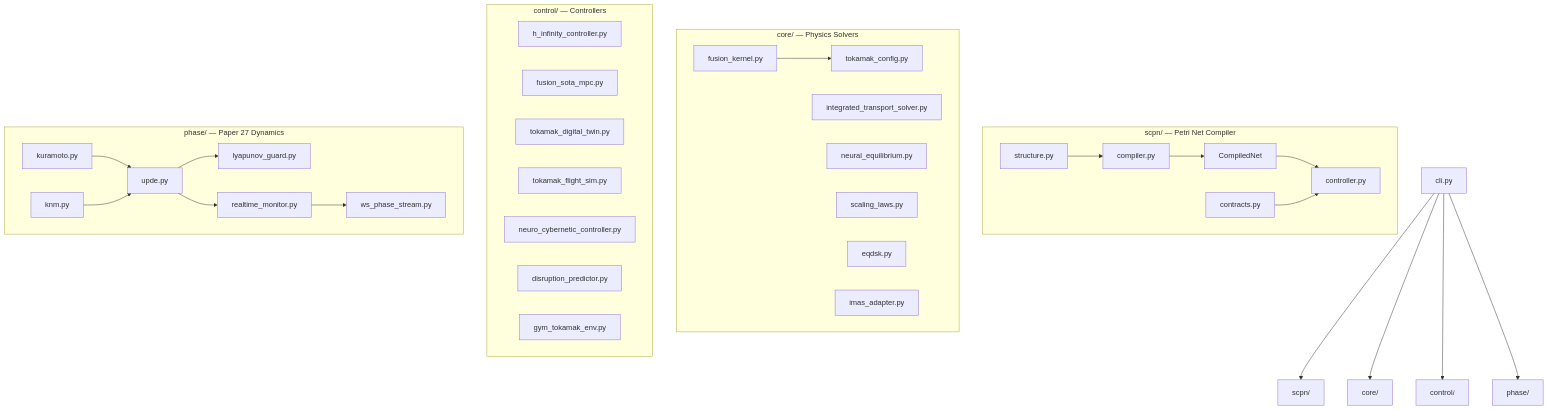
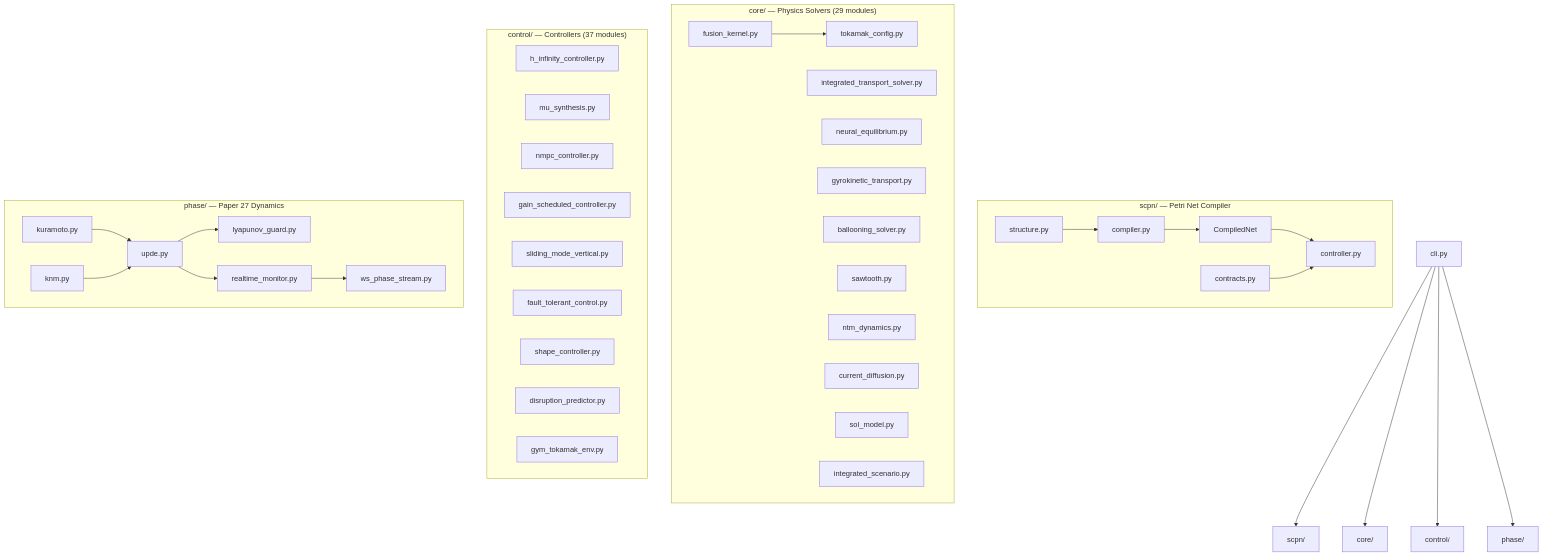
The first of 4 diagrams in docs/architecture.md (anulum/scpn-control), drawn with Mermaid before and after one commit. The commit also changed other lines of this file and 9 other files, not shown here.

First line of the commit message:
release: v0.16.0 — Phase 3 frontier physics + Phase 4 absolute control

````diff
--- a/docs/architecture.md
+++ b/docs/architecture.md
@@ -5,41 +5,47 @@
 ```mermaid
 graph TD
     CLI[cli.py] --> SCPN[scpn/]
     CLI --> CORE[core/]
     CLI --> CTRL[control/]
     CLI --> PHASE[phase/]
 
     subgraph "scpn/ — Petri Net Compiler"
         SPN[structure.py] --> COMP[compiler.py]
         COMP --> CNET[CompiledNet]
         CNET --> NSC[controller.py]
         CON[contracts.py] --> NSC
     end
 
-    subgraph "core/ — Physics Solvers"
+    subgraph "core/ — Physics Solvers (29 modules)"
         FK[fusion_kernel.py] --> TC[tokamak_config.py]
         ITS[integrated_transport_solver.py]
         NEQ[neural_equilibrium.py]
-        SL[scaling_laws.py]
-        EQ[eqdsk.py]
-        IMAS[imas_adapter.py]
+        GT2[gyrokinetic_transport.py]
+        BS2[ballooning_solver.py]
+        ST2[sawtooth.py]
+        NTM2[ntm_dynamics.py]
+        CD2[current_diffusion.py]
+        SOL2[sol_model.py]
+        ISS2[integrated_scenario.py]
     end
 
-    subgraph "control/ — Controllers"
-        HINF[h_infinity_controller.py]
-        MPC[fusion_sota_mpc.py]
-        DT[tokamak_digital_twin.py]
-        FS[tokamak_flight_sim.py]
-        NCC[neuro_cybernetic_controller.py]
+    subgraph "control/ — Controllers (37 modules)"
+        HINF2[h_infinity_controller.py]
+        MU2[mu_synthesis.py]
+        NMPC2[nmpc_controller.py]
+        GS_C[gain_scheduled_controller.py]
+        SM2[sliding_mode_vertical.py]
+        FT2[fault_tolerant_control.py]
+        SC2[shape_controller.py]
         DP[disruption_predictor.py]
         GYM[gym_tokamak_env.py]
     end
 
     subgraph "phase/ — Paper 27 Dynamics"
         KUR[kuramoto.py] --> UPDE[upde.py]
         KNM[knm.py] --> UPDE
         UPDE --> LG[lyapunov_guard.py]
         UPDE --> RM[realtime_monitor.py]
         RM --> WS[ws_phase_stream.py]
     end
 ```
````
